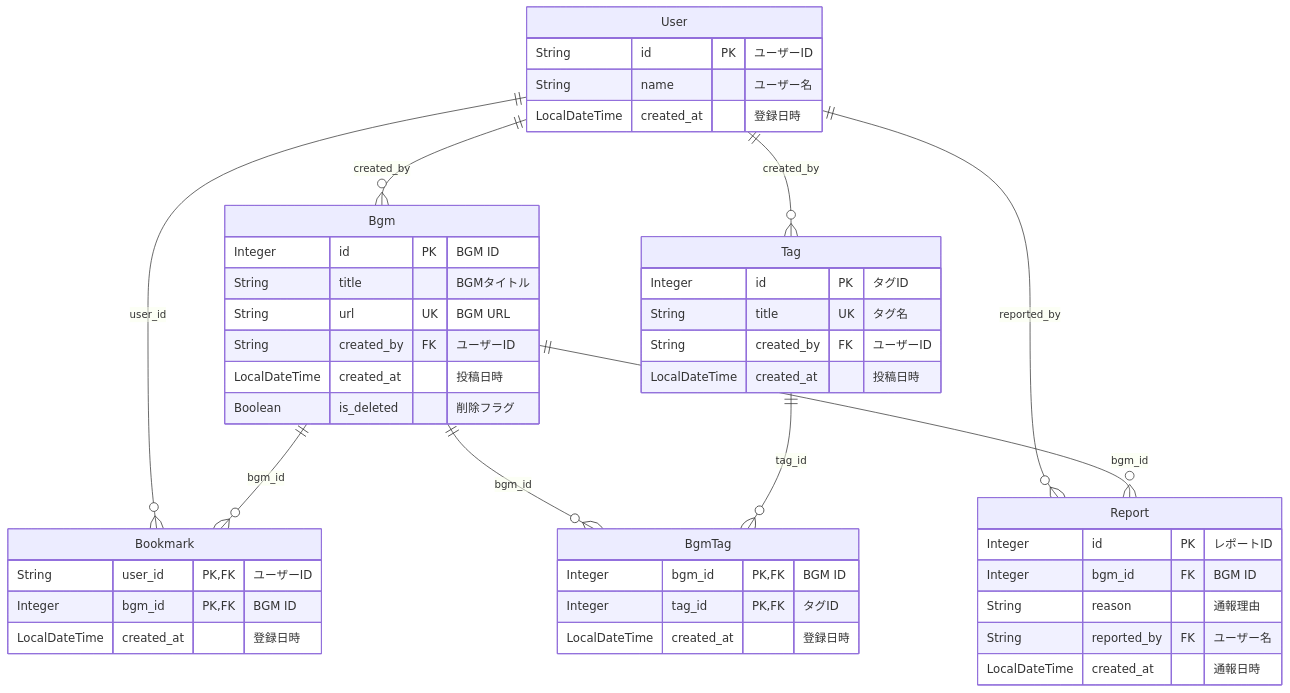
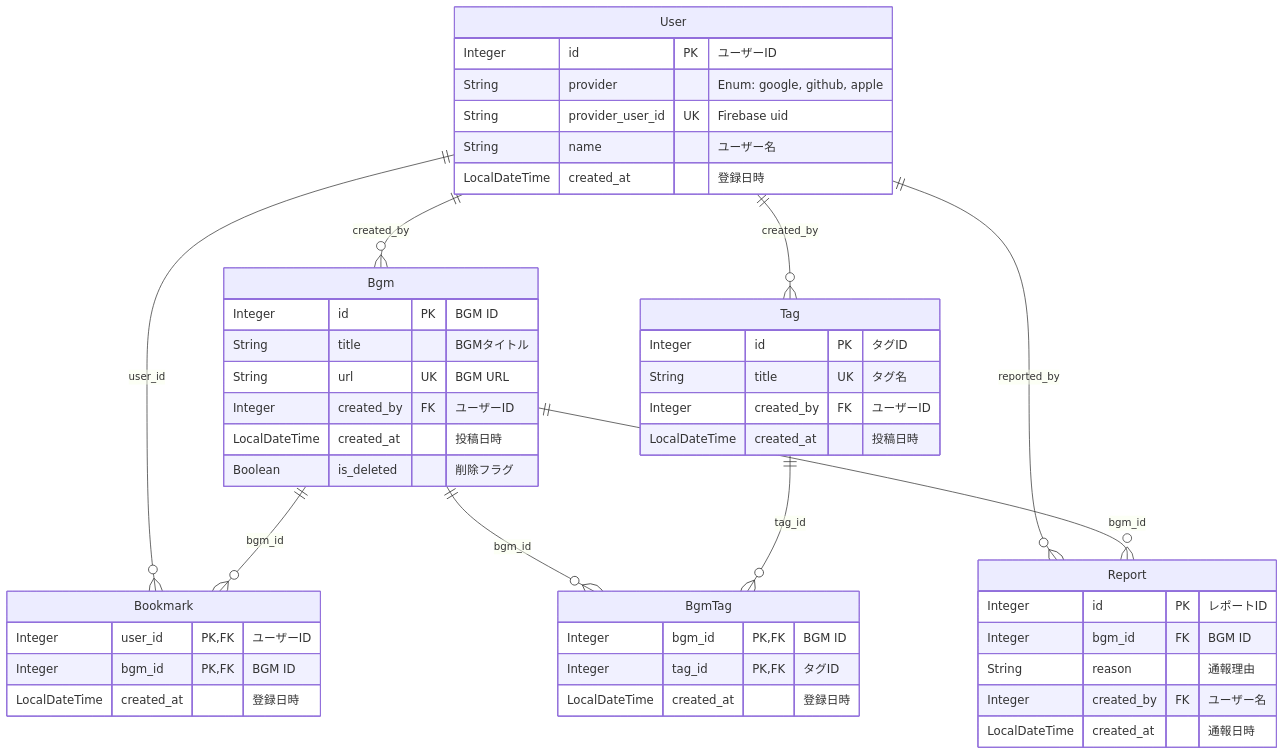
The diagram in docs/er.md (kagomen/bgm-api-springboot), drawn with Mermaid before and after one commit. The commit also changed 6 other files, not shown here.

Commit message:
シーケンス図の追加とそれに伴う各種ドキュメントの修正

````diff
--- a/docs/er.md
+++ b/docs/er.md
@@ -3,54 +3,56 @@
 ```mermaid
 erDiagram
 
 User {
-String id PK "ユーザーID"
+Integer id PK "ユーザーID"
+String provider "Enum: google, github, apple"
+String provider_user_id UK "Firebase uid"
 String name "ユーザー名"
 LocalDateTime created_at "登録日時"
 }
 
 Bgm {
 Integer id PK "BGM ID"
 String title "BGMタイトル"
 String url UK "BGM URL"
-String created_by FK "ユーザーID"
+Integer created_by FK "ユーザーID"
 LocalDateTime created_at "投稿日時"
 Boolean is_deleted "削除フラグ"
 }
 
 Bookmark {
-String user_id PK,FK "ユーザーID"
+Integer user_id PK,FK "ユーザーID"
 Integer bgm_id PK,FK "BGM ID"
 LocalDateTime created_at "登録日時"
 }
 
 Tag {
 Integer id PK "タグID"
 String title UK "タグ名"
-String created_by FK "ユーザーID"
+Integer created_by FK "ユーザーID"
 LocalDateTime created_at "投稿日時"
 }
 
 BgmTag {
 Integer bgm_id PK,FK "BGM ID"
 Integer tag_id PK,FK "タグID"
 LocalDateTime created_at "登録日時"
 }
 
 Report {
 Integer id PK "レポートID"
 Integer bgm_id FK "BGM ID"
 String reason "通報理由"
-String reported_by FK "ユーザー名"
+Integer created_by FK "ユーザー名"
 LocalDateTime created_at "通報日時"
 }
 
 User ||--o{ Bgm : created_by
 User ||--o{ Bookmark : user_id
 User ||--o{ Tag : created_by
 User ||--o{ Report : reported_by
 Bgm ||--o{ Bookmark : bgm_id
 Bgm ||--o{ BgmTag : bgm_id
 Bgm ||--o{ Report : bgm_id
 Tag ||--o{ BgmTag : tag_id
 ```
````
